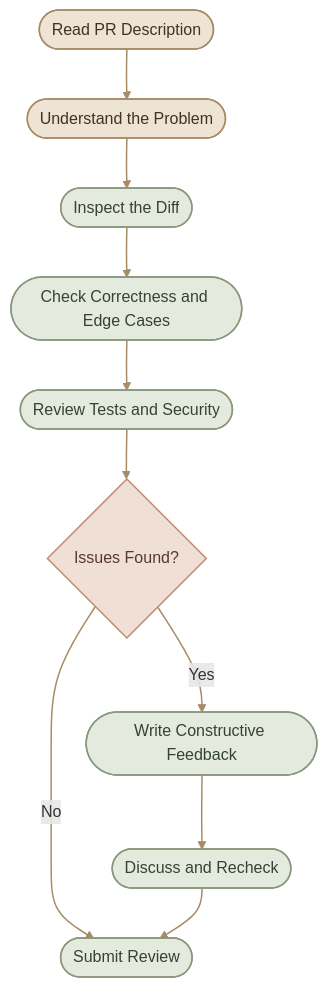
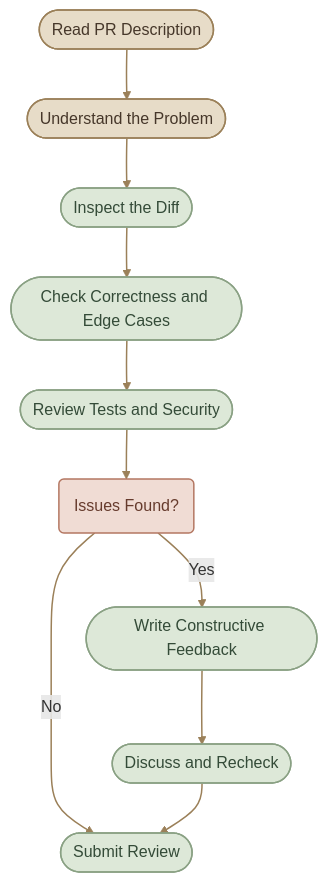
One commit to mustafammasoud/ops-handbook changed the first of 4 diagrams in content/version-control/Git and GitHub/code-reviews.mdx. Above: the diagram before and after it, drawn with Mermaid. The commit also changed other lines of this file and 17 other files, not shown here.

````diff
--- a/content/version-control/Git and GitHub/code-reviews.mdx
+++ b/content/version-control/Git and GitHub/code-reviews.mdx
@@ -100,21 +119,21 @@
 ```mermaid
 flowchart TD
     A(["Read PR Description"]) --> B(["Understand the Problem"])
     B --> C(["Inspect the Diff"])
     C --> D(["Check Correctness and Edge Cases"])
     D --> E(["Review Tests and Security"])
-    E --> F{"Issues Found?"}
+    E --> F("Issues Found?")
     F -->|Yes| G(["Write Constructive Feedback"])
     F -->|No| H(["Submit Review"])
     G --> I(["Discuss and Recheck"])
     I --> H
 
-    classDef context fill:#eee4d4,stroke:#a78b67,color:#403326,stroke-width:1.5px
-    classDef inspect fill:#e5eadf,stroke:#89977b,color:#344333,stroke-width:1.5px
-    classDef decision fill:#f0dfd5,stroke:#bd8c73,color:#57392d,stroke-width:1.5px
+    classDef context fill:#E7DCC8,stroke:#9B8059,color:#46372A,stroke-width:1.5px
+    classDef inspect fill:#DDE8D8,stroke:#8AA184,color:#344B38,stroke-width:1.5px
+    classDef decision fill:#f0dcd4,stroke:#b47762,color:#663b2d,stroke-width:1.5px
 
     class A,B context
     class C,D,E,G,H,I inspect
     class F decision
-    linkStyle default stroke:#a78b67,stroke-width:1.5px
+    linkStyle default stroke:#9B8059,stroke-width:1.5px
 ```
````
